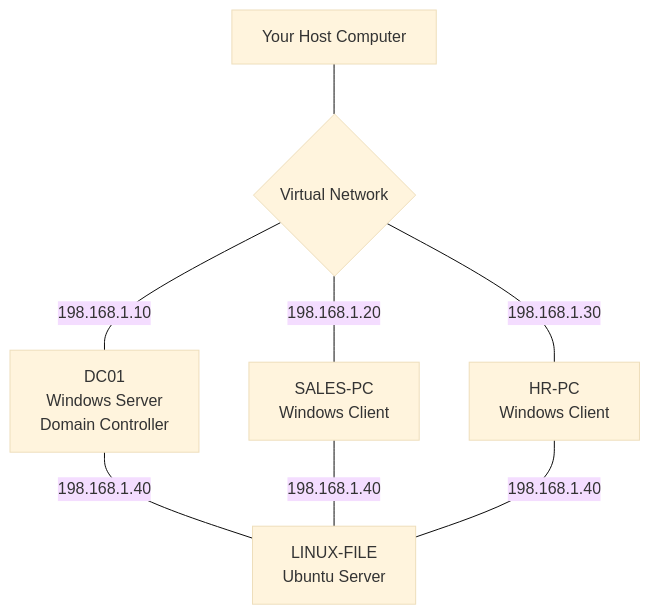
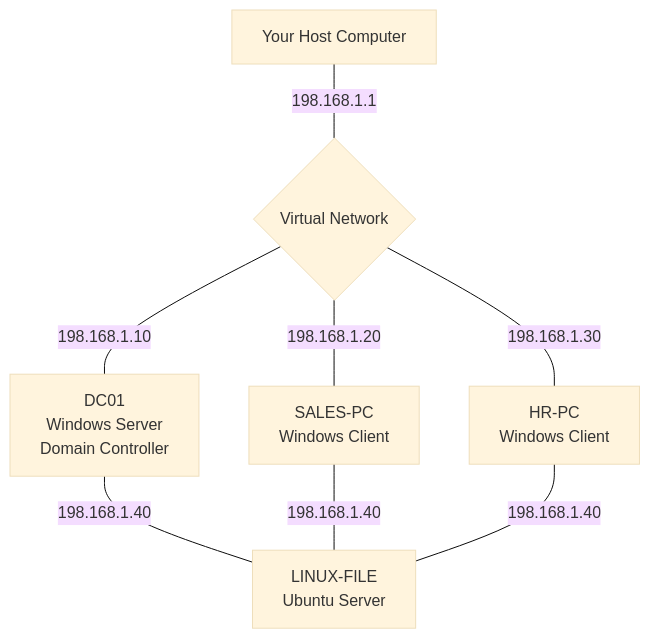
Before and after one commit to juan-rami/enterprise-home-lab: the diagram in README.md, drawn with Mermaid (base theme).

Commit message:
Update host IP address in README.md

````diff
--- a/README.md
+++ b/README.md
@@ -6,17 +6,17 @@
 ```mermaid
 graph TD
       Host[Your Host Computer]
       VN{Virtual Network}
       DC01[DC01 <br/> Windows Server <br/>Domain Controller]
       SALES-PC[SALES-PC <br/> Windows Client]
       HR-PC[HR-PC <br/> Windows Client]
       LINUX[LINUX-FILE <br/> Ubuntu Server]
 
-      Host --- VN
+      Host --- |198.168.1.1| VN
       VN --- |198.168.1.10| DC01
       VN --- |198.168.1.20| SALES-PC
       VN --- |198.168.1.30| HR-PC
       DC01 --- |198.168.1.40| LINUX
       SALES-PC --- |198.168.1.40| LINUX
       HR-PC --- |198.168.1.40| LINUX
 ```
````
